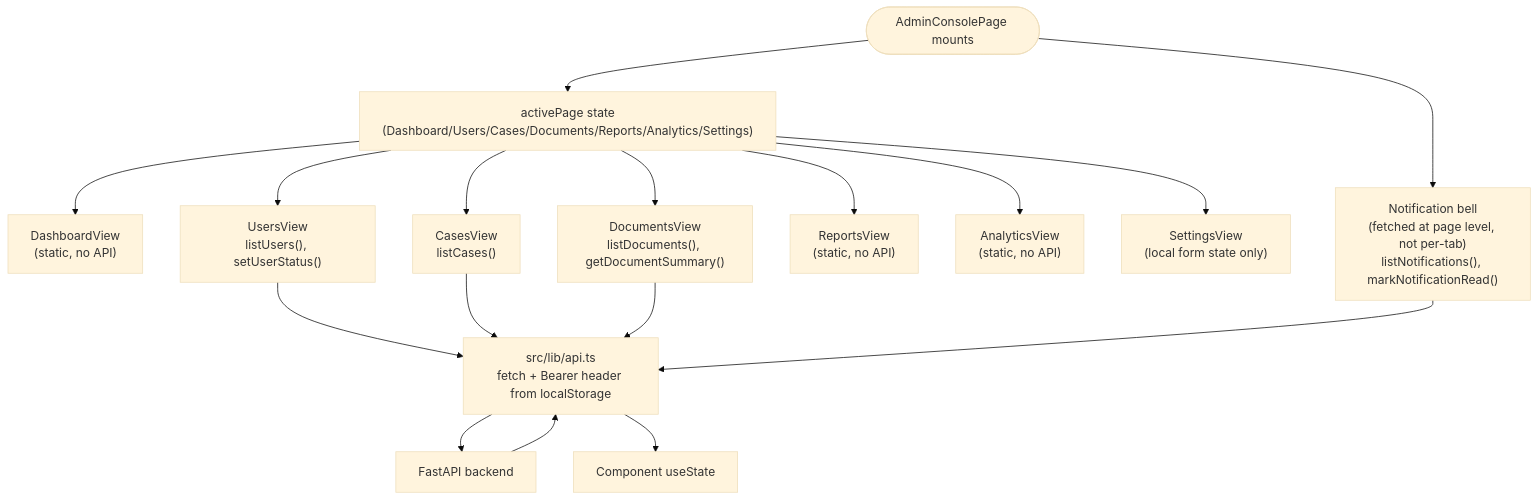
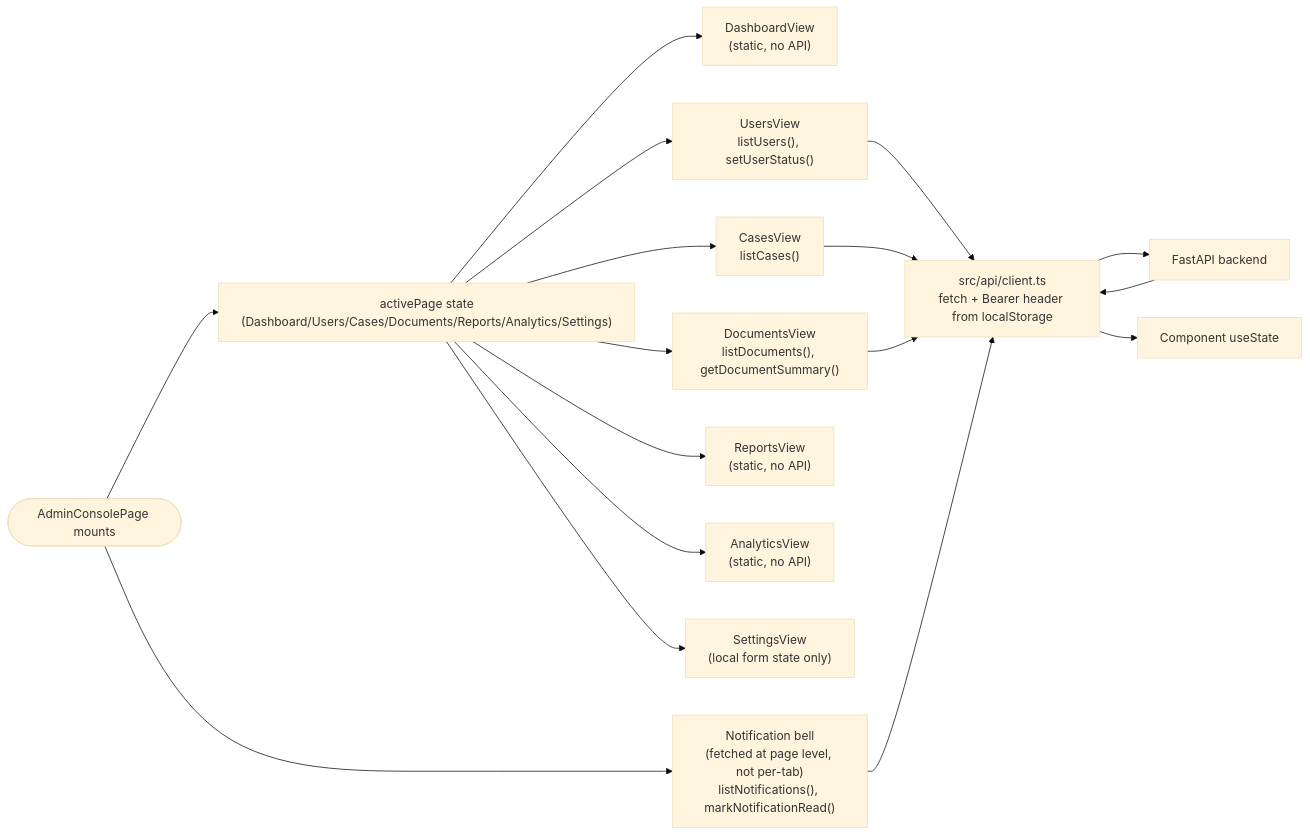
One commit to eyeofshreyas/BE-Project changed diagram 12 of 14 in docs/LLD.md. Above: the diagram before and after it, drawn with Mermaid (base theme). The commit also changed other lines of this file and 1 other file, not shown here.

First line of the commit message:
docs: fix the remaining unreadable-at-page-width diagrams

````diff
--- a/docs/LLD.md
+++ b/docs/LLD.md
@@ -320,21 +353,21 @@
 ```mermaid
-flowchart TD
+flowchart LR
     mount(["AdminConsolePage mounts"]) --> tabstate["activePage state\n(Dashboard/Users/Cases/Documents/Reports/Analytics/Settings)"]
     tabstate --> dash["DashboardView\n(static, no API)"]
     tabstate --> usersv["UsersView\nlistUsers(), setUserStatus()"]
     tabstate --> casesv["CasesView\nlistCases()"]
     tabstate --> docsv["DocumentsView\nlistDocuments(), getDocumentSummary()"]
     tabstate --> reportsv["ReportsView\n(static, no API)"]
     tabstate --> analyticsv["AnalyticsView\n(static, no API)"]
     tabstate --> settingsv["SettingsView\n(local form state only)"]
 
-    usersv --> api["src/lib/api.ts\nfetch + Bearer header from localStorage"]
+    usersv --> api["src/api/client.ts\nfetch + Bearer header from localStorage"]
     casesv --> api
     docsv --> api
     api --> backend["FastAPI backend"]
     backend --> api
     api --> localstate["Component useState"]
 
     mount --> notif["Notification bell\n(fetched at page level, not per-tab)\nlistNotifications(), markNotificationRead()"]
     notif --> api
 ```
````
